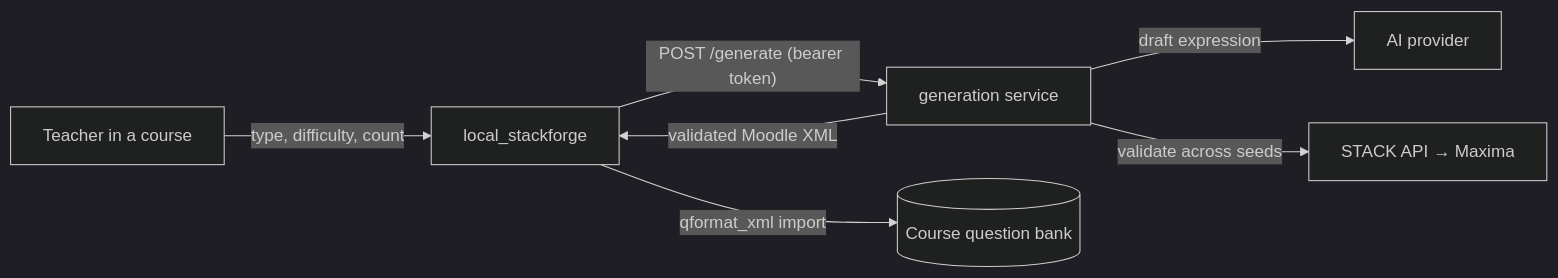
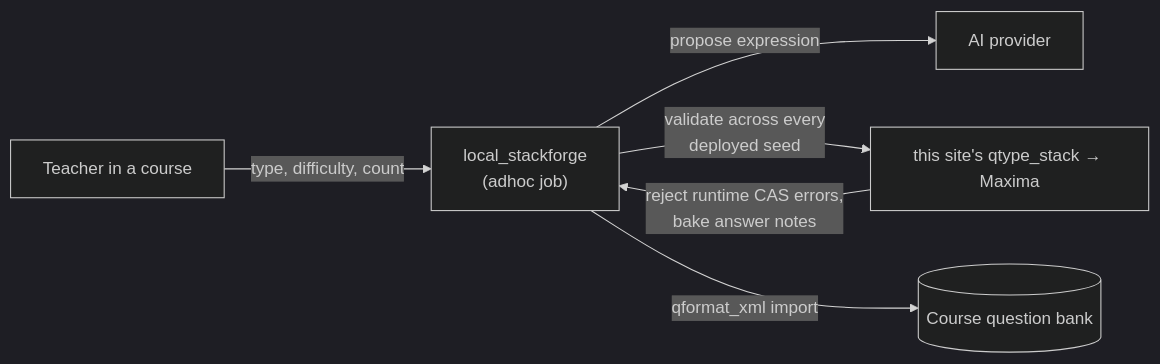
Before and after one commit to danielcregg/moodle-local_stackforge: the diagram in README.md, drawn with Mermaid (dark theme). The commit also changed other lines of this file and 4 other files, not shown here.

First line of the commit message:
test(local_stackforge): PHPUnit for in-process core + docs for Option B

````diff
--- a/README.md
+++ b/README.md
@@ -17,9 +28,8 @@
 ```mermaid
 flowchart LR
-    T["Teacher in a course"] -->|"type, difficulty, count"| P["local_stackforge"]
-    P -->|"POST /generate (bearer token)"| G["generation service"]
-    G -->|"draft expression"| AI["AI provider"]
-    G -->|"validate across seeds"| S["STACK API → Maxima"]
-    G -->|"validated Moodle XML"| P
+    T["Teacher in a course"] -->|"type, difficulty, count"| P["local_stackforge<br/>(adhoc job)"]
+    P -->|"propose expression"| AI["AI provider"]
+    P -->|"validate across every<br/>deployed seed"| S["this site's qtype_stack → Maxima"]
+    S -->|"reject runtime CAS errors,<br/>bake answer notes"| P
     P -->|"qformat_xml import"| QB[("Course question bank")]
 ```
````
